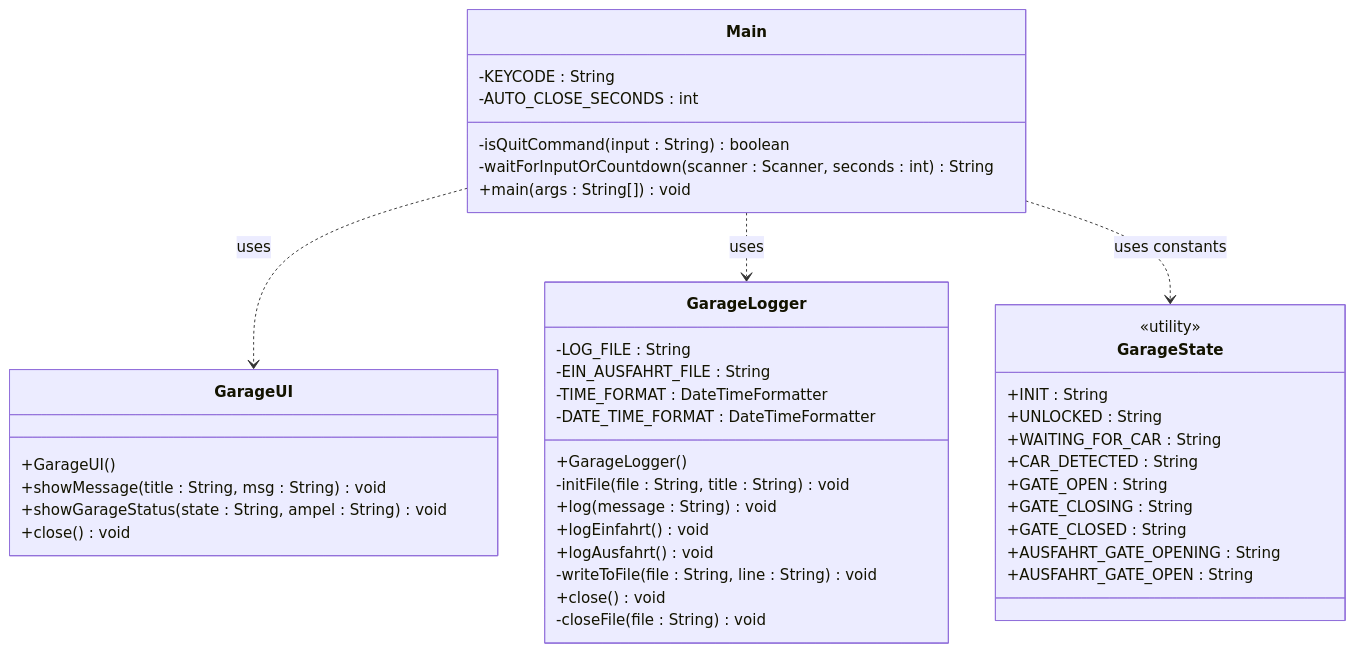
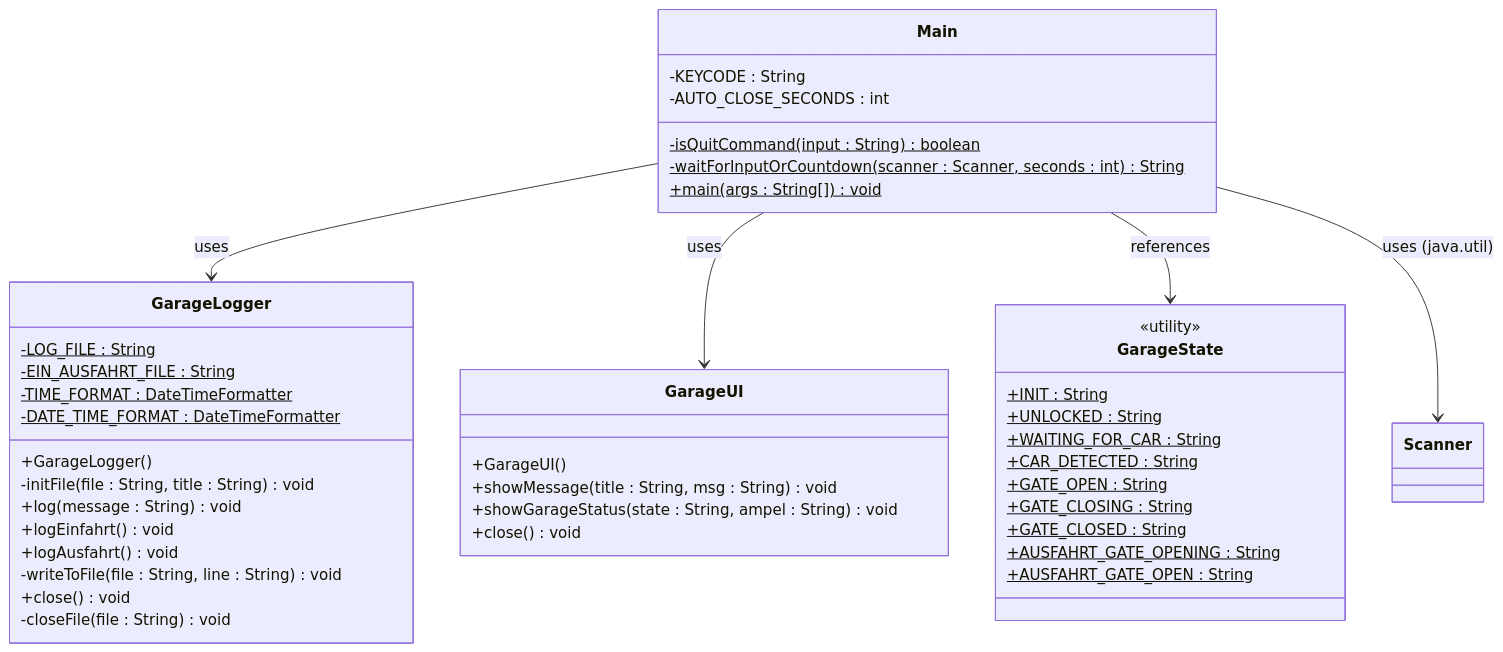
Before and after one commit to eXoCorruption/modul_320_projekt: the diagram in UML_Klassendiagramm.md, drawn with Mermaid.

Commit message:
modified:   UML_Klassendiagramm.md

````diff
--- a/UML_Klassendiagramm.md
+++ b/UML_Klassendiagramm.md
@@ -5,51 +5,53 @@
 ```mermaid
 classDiagram
     direction TB
 
     class Main {
         -KEYCODE : String
         -AUTO_CLOSE_SECONDS : int
-        -isQuitCommand(input : String) boolean
-        -waitForInputOrCountdown(scanner : Scanner, seconds : int) String
-        +main(args : String[]) void
+        -isQuitCommand(input : String)$ boolean
+        -waitForInputOrCountdown(scanner : Scanner, seconds : int)$ String
+        +main(args : String[])$ void
     }
 
     class GarageLogger {
-        -LOG_FILE : String
-        -EIN_AUSFAHRT_FILE : String
-        -TIME_FORMAT : DateTimeFormatter
-        -DATE_TIME_FORMAT : DateTimeFormatter
+        -LOG_FILE : String$
+        -EIN_AUSFAHRT_FILE : String$
+        -TIME_FORMAT : DateTimeFormatter$
+        -DATE_TIME_FORMAT : DateTimeFormatter$
         +GarageLogger()
         -initFile(file : String, title : String) void
         +log(message : String) void
         +logEinfahrt() void
         +logAusfahrt() void
         -writeToFile(file : String, line : String) void
         +close() void
         -closeFile(file : String) void
     }
 
     class GarageUI {
         +GarageUI()
         +showMessage(title : String, msg : String) void
         +showGarageStatus(state : String, ampel : String) void
         +close() void
     }
 
     class GarageState {
         <<utility>>
-        +INIT : String
-        +UNLOCKED : String
-        +WAITING_FOR_CAR : String
-        +CAR_DETECTED : String
-        +GATE_OPEN : String
-        +GATE_CLOSING : String
-        +GATE_CLOSED : String
-        +AUSFAHRT_GATE_OPENING : String
-        +AUSFAHRT_GATE_OPEN : String
+        +INIT : String$
+        +UNLOCKED : String$
+        +WAITING_FOR_CAR : String$
+        +CAR_DETECTED : String$
+        +GATE_OPEN : String$
+        +GATE_CLOSING : String$
+        +GATE_CLOSED : String$
+        +AUSFAHRT_GATE_OPENING : String$
+        +AUSFAHRT_GATE_OPEN : String$
     }
 
-    Main ..> GarageUI : uses
-    Main ..> GarageLogger : uses
-    Main ..> GarageState : uses constants
+    %% Assoziationen und Abhängigkeiten
+    Main --> GarageLogger : uses
+    Main --> GarageUI : uses
+    Main --> GarageState : references
+    Main --> Scanner : uses (java.util)
 ```
````
